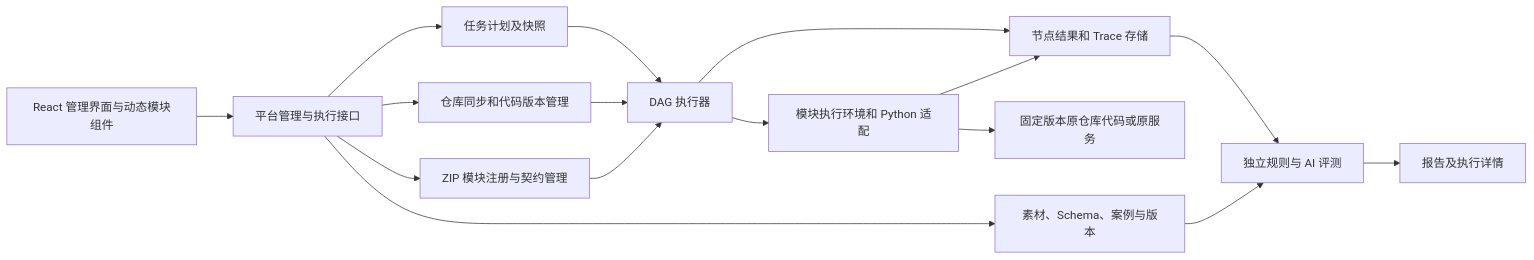
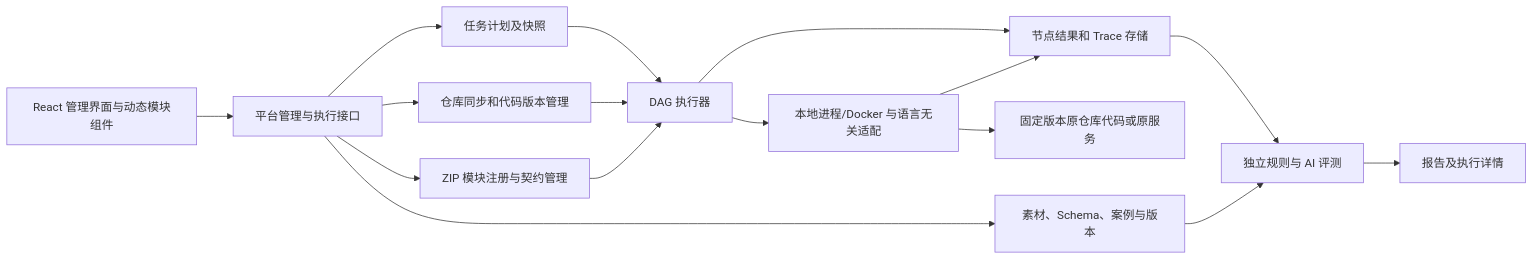
One commit to Minecodex/TestFlow changed the second of 2 diagrams in docs/voice-test-platform/01-平台整体设计.md. Above: the diagram before and after it, drawn with Mermaid. The commit also changed other lines of this file and 121 other files, not shown here.

````diff
--- a/docs/voice-test-platform/01-平台整体设计.md
+++ b/docs/voice-test-platform/01-平台整体设计.md
@@ -56,18 +58,18 @@
 ```mermaid
 flowchart LR
     UI["React 管理界面与动态模块组件"] --> API["平台管理与执行接口"]
     API --> REPO["仓库同步和代码版本管理"]
     API --> PKG["ZIP 模块注册与契约管理"]
     API --> DATA["素材、Schema、案例与版本"]
     API --> PLAN["任务计划及快照"]
     PLAN --> RUN["DAG 执行器"]
     REPO --> RUN
     PKG --> RUN
-    RUN --> WORK["模块执行环境和 Python 适配"]
+    RUN --> WORK["本地进程/Docker 与语言无关适配"]
     WORK --> CODE["固定版本原仓库代码或原服务"]
     RUN --> TRACE["节点结果和 Trace 存储"]
     WORK --> TRACE
     TRACE --> EVAL["独立规则与 AI 评测"]
     EVAL --> REPORT["报告及执行详情"]
     DATA --> EVAL
 ```
````
